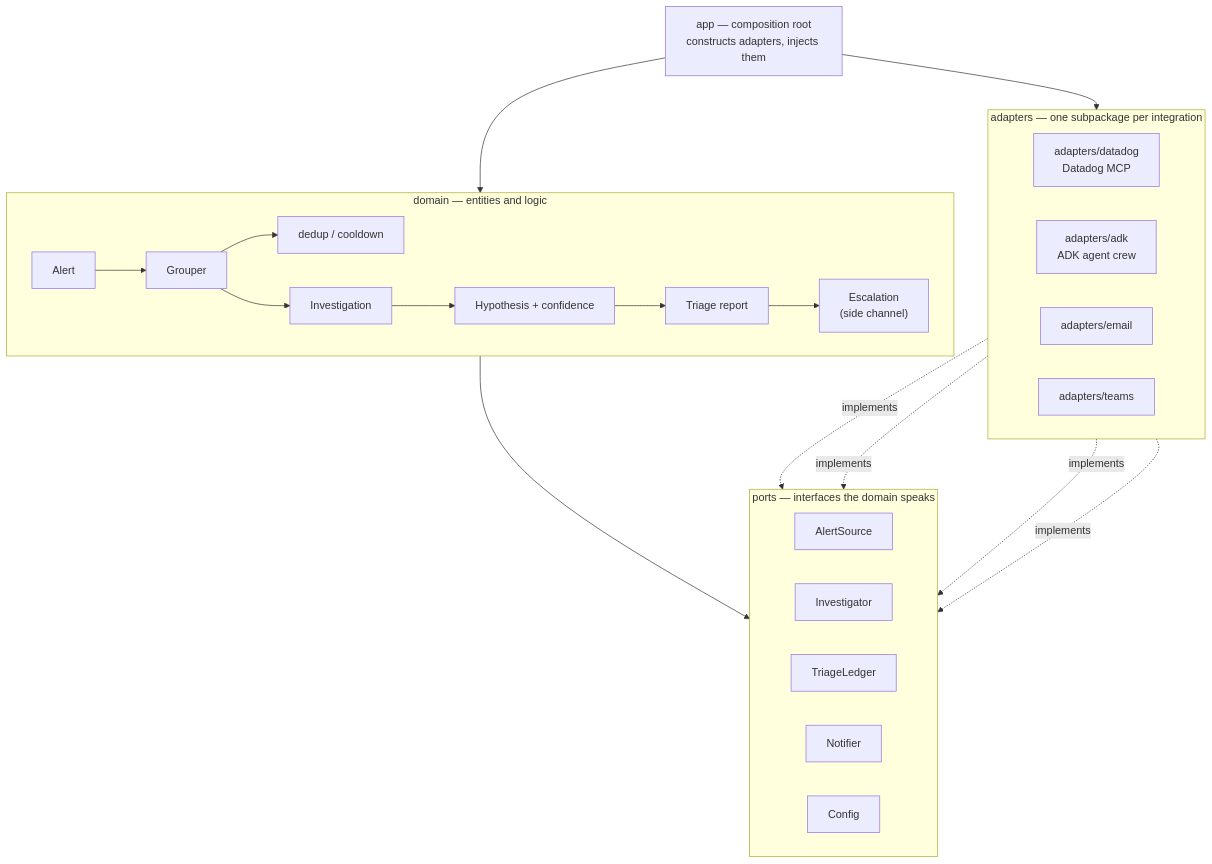
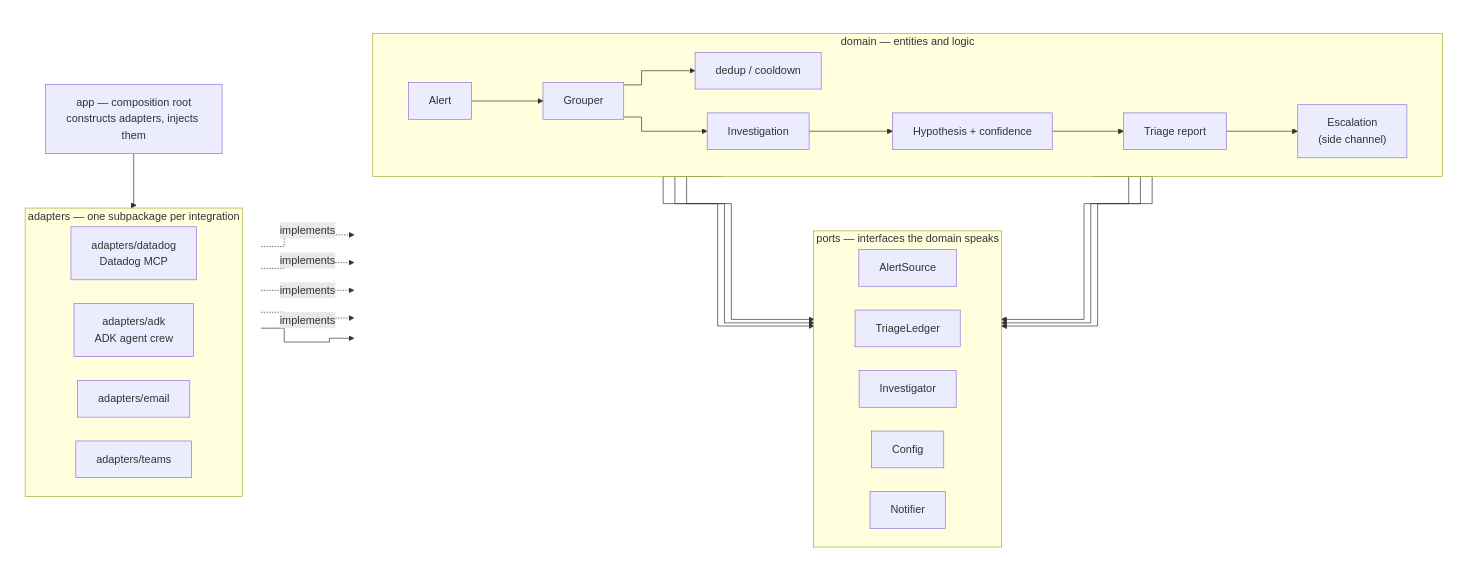
The diagram in README.md (EduardoFLima/alert-triage), drawn with Mermaid before and after one commit.

Commit message:
Rework README architecture diagram layout
Left-to-right flow with square (step) edge routing. Domain components now
point at the individual ports they use rather than one domain-wide arrow.
Adapters sit below the composition root, ports below the domain, with ports
laid out horizontally to line up with the domain chain.

````diff
--- a/README.md
+++ b/README.md
@@ -81,39 +81,60 @@
 ```mermaid
-flowchart TB
-    App["app — composition root<br/>constructs adapters, injects them"]
+%%{init: {"flowchart": {"curve": "step", "nodeSpacing": 35, "rankSpacing": 55}}}%%
+flowchart LR
 
-    subgraph Domain["domain — entities and logic"]
-        direction LR
-        Alert["Alert"] --> Grouper["Grouper"]
-        Grouper --> Ledger["dedup / cooldown"]
-        Grouper --> Investigation["Investigation"]
-        Investigation --> Diagnosis["Hypothesis + confidence"]
-        Diagnosis --> Report["Triage report"]
-        Report --> Escalation["Escalation<br/>(side channel)"]
+    subgraph Wiring[" "]
+        direction TB
+
+        App["app — composition root<br/>constructs adapters, injects them"]
+
+        subgraph Adapters["adapters — one subpackage per integration"]
+            direction LR
+            DatadogMCP["adapters/datadog<br/>Datadog MCP"]
+            ADKCrew["adapters/adk<br/>ADK agent crew"]
+            EmailAdapter["adapters/email"]
+            TeamsAdapter["adapters/teams"]
+        end
+
+        App --> Adapters
     end
 
-    subgraph Ports["ports — interfaces the domain speaks"]
-        direction LR
-        AlertSource["AlertSource"]
-        Investigator["Investigator"]
-        TriageLedger["TriageLedger"]
-        Notifier["Notifier"]
-        Config["Config"]
+    subgraph Inside[" "]
+        direction TB
+
+        subgraph Domain["domain — entities and logic"]
+            direction LR
+            Alert["Alert"] --> Grouper["Grouper"]
+            Grouper --> Ledger["dedup / cooldown"]
+            Grouper --> Investigation["Investigation"]
+            Investigation --> Diagnosis["Hypothesis + confidence"]
+            Diagnosis --> Report["Triage report"]
+            Report --> Escalation["Escalation<br/>(side channel)"]
+        end
+
+        subgraph Ports["ports — interfaces the domain speaks"]
+            direction LR
+            AlertSource["AlertSource"]
+            TriageLedger["TriageLedger"]
+            Investigator["Investigator"]
+            Config["Config"]
+            Notifier["Notifier"]
+        end
     end
 
-    subgraph Adapters["adapters — one subpackage per integration"]
-        direction LR
-        DatadogMCP["adapters/datadog<br/>Datadog MCP"]
-        ADKCrew["adapters/adk<br/>ADK agent crew"]
-        EmailAdapter["adapters/email"]
-        TeamsAdapter["adapters/teams"]
-    end
+    Alert --> AlertSource
+    Ledger --> TriageLedger
+    Investigation --> Investigator
+    Escalation --> Config
+    Report --> Notifier
+    Escalation --> Notifier
 
-    Domain --> Ports
     DatadogMCP -. implements .-> AlertSource
     ADKCrew -. implements .-> Investigator
     EmailAdapter -. implements .-> Notifier
     TeamsAdapter -. implements .-> Notifier
-    App --> Adapters
+
     App --> Domain
+
+    style Wiring fill:none,stroke:none
+    style Inside fill:none,stroke:none
 ```
````
